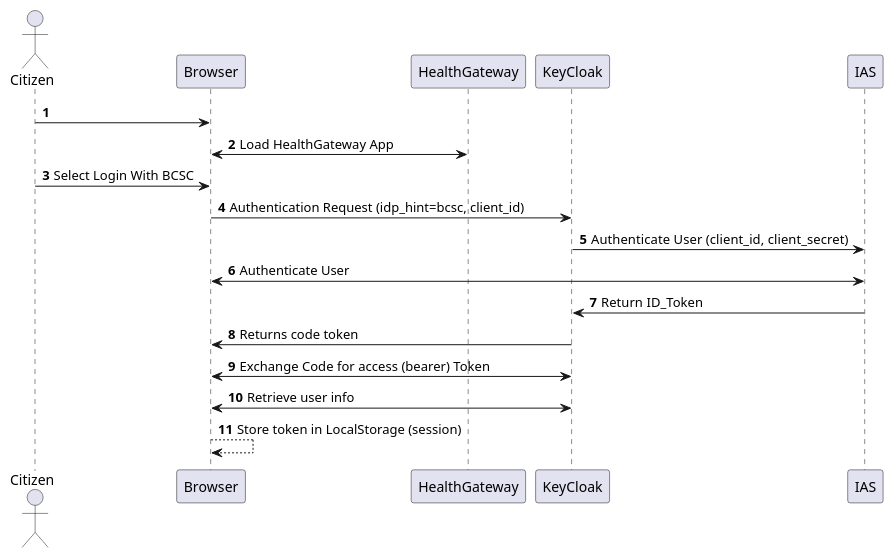
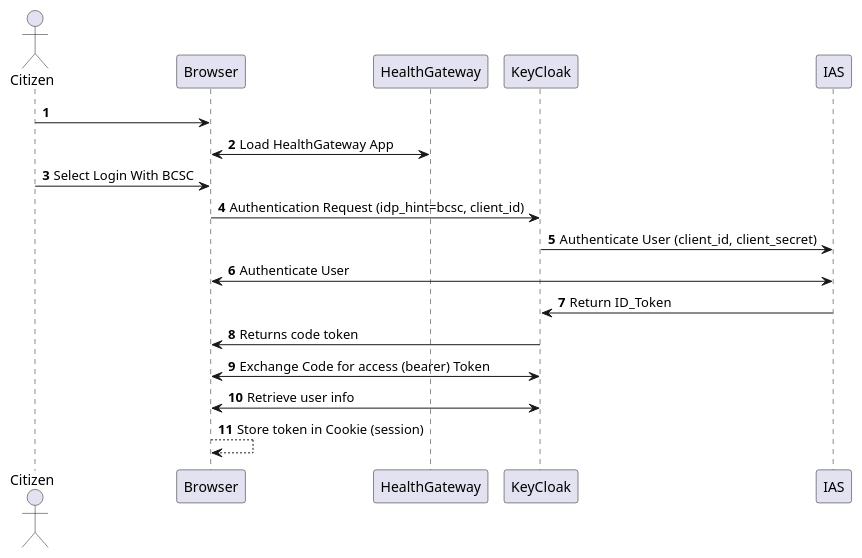
Before and after one commit to bcgov/healthgateway: the diagram in docs/diagrams/src/BCSC_OIDC_Flow.puml, drawn with PlantUML. The commit also changed 2 other files, not shown here.

Commit message:
added flow docs for PharmaNet

```diff
--- a/docs/diagrams/src/BCSC_OIDC_Flow.puml
+++ b/docs/diagrams/src/BCSC_OIDC_Flow.puml
@@ -1,15 +1,15 @@
 @startuml BCSC_OIDC_Flow
 autonumber
     actor Citizen
     Citizen -> Browser
     Browser <-> HealthGateway : Load HealthGateway App
     Citizen -> Browser : Select Login With BCSC
     Browser -> KeyCloak : Authentication Request (idp_hint=bcsc, client_id)
     KeyCloak -> IAS : Authenticate User  (client_id, client_secret)
     Browser <-> IAS : Authenticate User
     IAS -> KeyCloak : Return ID_Token
     KeyCloak -> Browser : Returns code token
     Browser <-> KeyCloak : Exchange Code for access (bearer) Token
     Browser <-> KeyCloak : Retrieve user info
-    Browser --> Browser : Store token in LocalStorage (session)
+    Browser --> Browser : Store token in Cookie (session)
 @enduml
```
